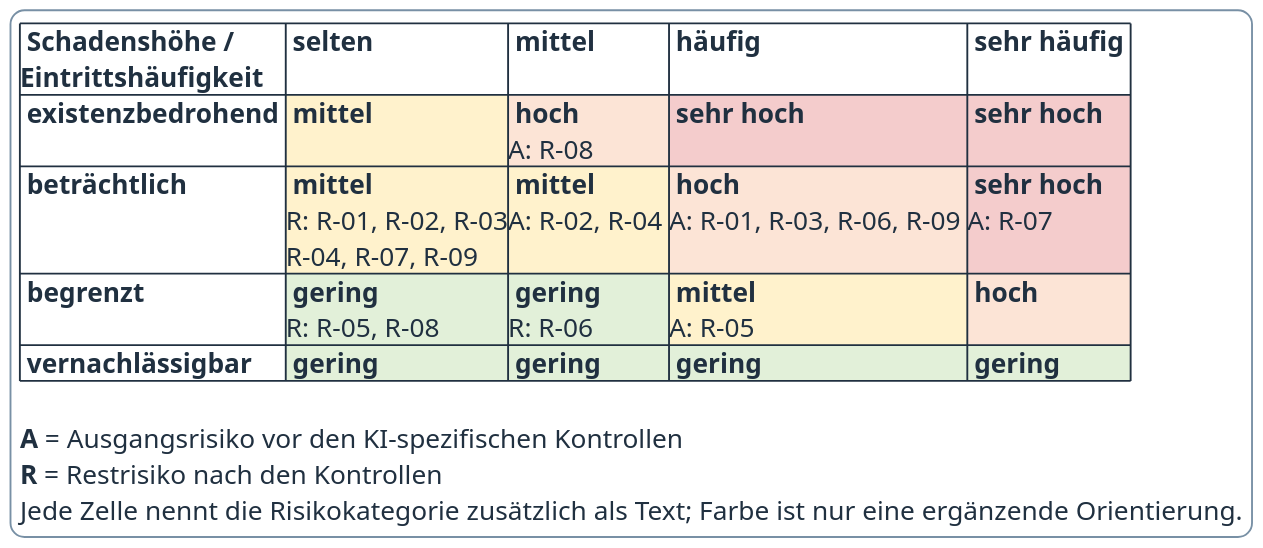
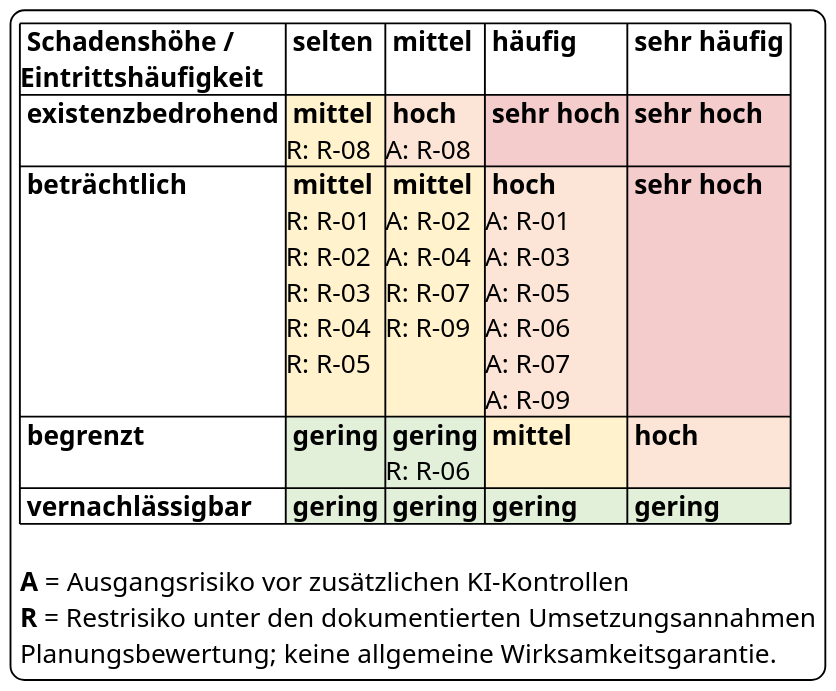
The diagram in diagramme/risikomatrix.puml (adrianweidig/allgemeines-ki-it-sicherheitskonzept), drawn with PlantUML before and after one commit. The commit also changed 37 other files, not shown here.

```diff
--- a/diagramme/risikomatrix.puml
+++ b/diagramme/risikomatrix.puml
@@ -1,24 +1,18 @@
 @startuml
 skinparam dpi 180
 skinparam backgroundColor #FFFFFF
 skinparam shadowing false
 skinparam defaultFontName Arial
 skinparam defaultFontSize 12
-skinparam legend {
-  BackgroundColor #FFFFFF
-  BorderColor #7890A5
-  FontColor #203040
-}
-
 legend center
   |= Schadenshöhe /\nEintrittshäufigkeit |= selten |= mittel |= häufig |= sehr häufig |
-  | **existenzbedrohend** | <#FFF2CC> **mittel** | <#FCE4D6> **hoch**\nA: R-08 | <#F4CCCC> **sehr hoch** | <#F4CCCC> **sehr hoch** |
-  | **beträchtlich** | <#FFF2CC> **mittel**\nR: R-01, R-02, R-03\nR-04, R-07, R-09 | <#FFF2CC> **mittel**\nA: R-02, R-04 | <#FCE4D6> **hoch**\nA: R-01, R-03, R-06, R-09 | <#F4CCCC> **sehr hoch**\nA: R-07 |
-  | **begrenzt** | <#E2F0D9> **gering**\nR: R-05, R-08 | <#E2F0D9> **gering**\nR: R-06 | <#FFF2CC> **mittel**\nA: R-05 | <#FCE4D6> **hoch** |
+  | **existenzbedrohend** | <#FFF2CC> **mittel**\nR: R-08 | <#FCE4D6> **hoch**\nA: R-08 | <#F4CCCC> **sehr hoch** | <#F4CCCC> **sehr hoch** |
+  | **beträchtlich** | <#FFF2CC> **mittel**\nR: R-01\nR: R-02\nR: R-03\nR: R-04\nR: R-05 | <#FFF2CC> **mittel**\nA: R-02\nA: R-04\nR: R-07\nR: R-09 | <#FCE4D6> **hoch**\nA: R-01\nA: R-03\nA: R-05\nA: R-06\nA: R-07\nA: R-09 | <#F4CCCC> **sehr hoch** |
+  | **begrenzt** | <#E2F0D9> **gering** | <#E2F0D9> **gering**\nR: R-06 | <#FFF2CC> **mittel** | <#FCE4D6> **hoch** |
   | **vernachlässigbar** | <#E2F0D9> **gering** | <#E2F0D9> **gering** | <#E2F0D9> **gering** | <#E2F0D9> **gering** |
 
-  **A** = Ausgangsrisiko vor den KI-spezifischen Kontrollen
-  **R** = Restrisiko nach den Kontrollen
-  Jede Zelle nennt die Risikokategorie zusätzlich als Text; Farbe ist nur eine ergänzende Orientierung.
+  **A** = Ausgangsrisiko vor zusätzlichen KI-Kontrollen
+  **R** = Restrisiko unter den dokumentierten Umsetzungsannahmen
+  Planungsbewertung; keine allgemeine Wirksamkeitsgarantie.
 endlegend
 @enduml
```
